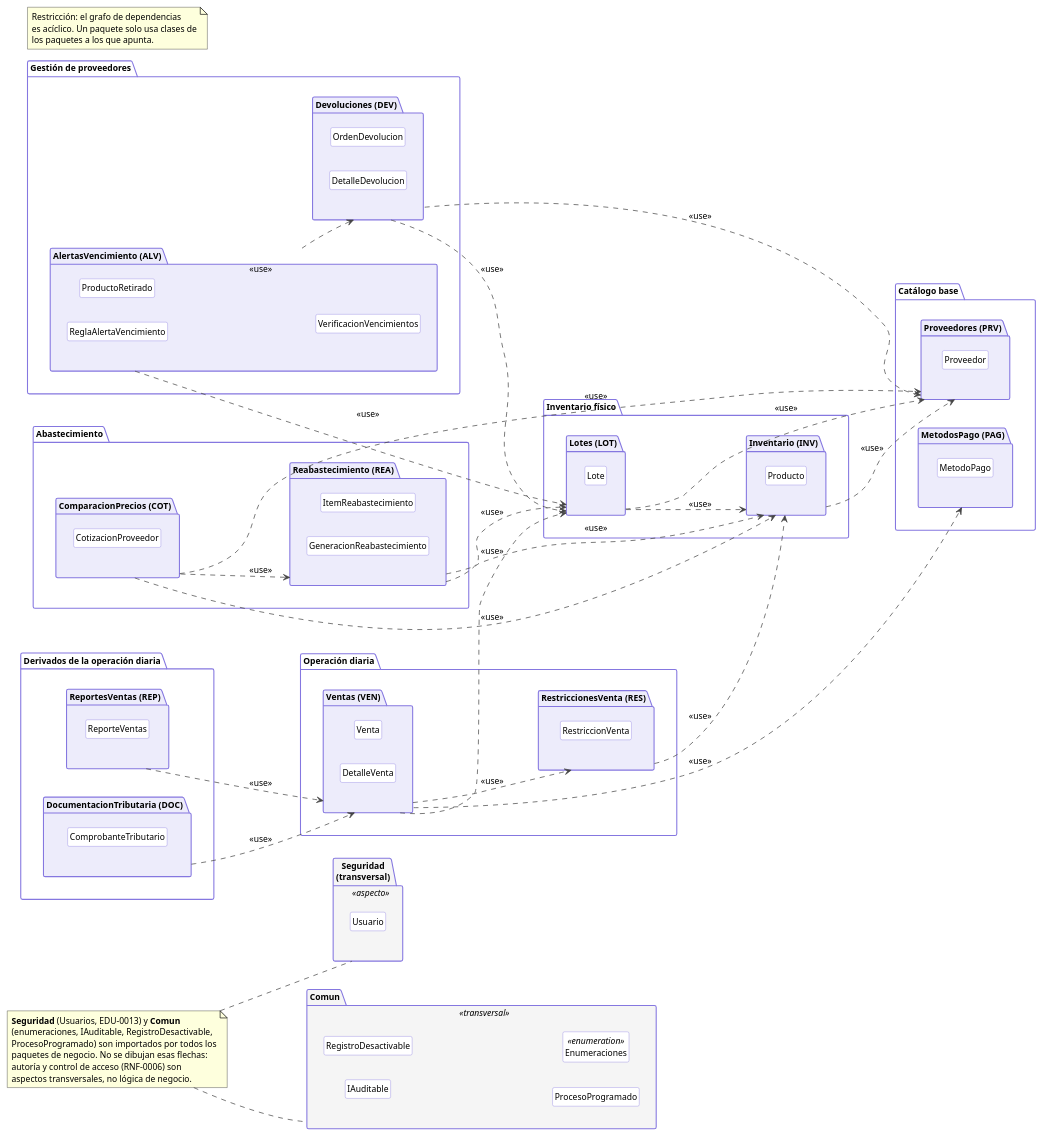
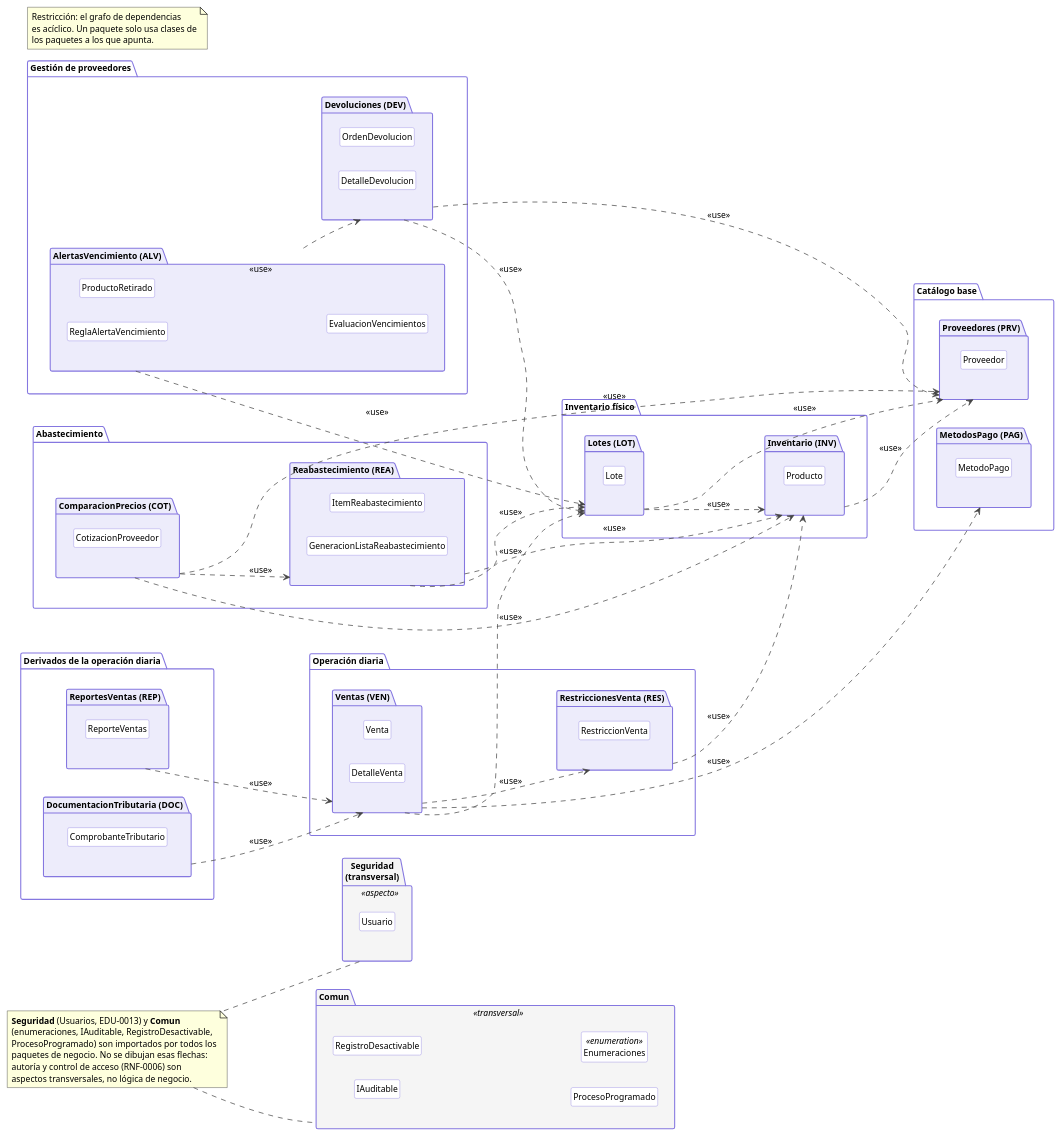
The diagram in docs/diagramas/plaintext-VistaLogica/VL-01_Paquetes.puml (Luis-Ayben-Chahua-Charca/Farmasil_App), drawn with PlantUML before and after one commit. The commit also changed 22 other files, not shown here.

```diff
--- a/docs/diagramas/plaintext-VistaLogica/VL-01_Paquetes.puml
+++ b/docs/diagramas/plaintext-VistaLogica/VL-01_Paquetes.puml
@@ -1,126 +1,126 @@
 @startuml VL-01_Paquetes
 ' Vista lógica FARMASIL_APP — Diagrama de paquetes (v01.00)
 ' Cada componente de la arquitectura genérica se convierte en un paquete lógico.
 ' Las 18 dependencias son exactamente las aristas de la arquitectura genérica cerrada.
 skinparam packageStyle folder
 skinparam shadowing false
 skinparam defaultFontSize 12
 skinparam package {
   BackgroundColor #EDECFB
   BorderColor #8577E0
 }
 skinparam ArrowColor #444444
 left to right direction
 hide members
 hide circle
 skinparam class {
   BackgroundColor #FFFFFF
   BorderColor #8577E0
 }
 
 package "Seguridad\n(transversal)" as USR <<aspecto>> #F5F5F5 {
     class "Usuario" as USR_0
 }
 
 package "Comun" as COM <<transversal>> #F5F5F5 {
     class "IAuditable" as COM_0
     class "RegistroDesactivable" as COM_1
     class "ProcesoProgramado" as COM_2
     class "Enumeraciones" as COM_3 <<enumeration>>
 }
 
 package "Catálogo base" as G1 #FFFFFF {
   package "MetodosPago (PAG)" as PAG {
     class "MetodoPago" as PAG_0
   }
   package "Proveedores (PRV)" as PRV {
     class "Proveedor" as PRV_0
   }
 }
 
 package "Inventario físico" as G2 #FFFFFF {
   package "Inventario (INV)" as INV {
     class "Producto" as INV_0
   }
   package "Lotes (LOT)" as LOT {
     class "Lote" as LOT_0
   }
 }
 
 package "Operación diaria" as G3 #FFFFFF {
   package "Ventas (VEN)" as VEN {
     class "Venta" as VEN_0
     class "DetalleVenta" as VEN_1
   }
   package "RestriccionesVenta (RES)" as RES {
     class "RestriccionVenta" as RES_0
   }
 }
 
 package "Derivados de la operación diaria" as G4 #FFFFFF {
   package "DocumentacionTributaria (DOC)" as DOC {
     class "ComprobanteTributario" as DOC_0
   }
   package "ReportesVentas (REP)" as REP {
     class "ReporteVentas" as REP_0
   }
 }
 
 package "Gestión de proveedores" as G5 #FFFFFF {
   package "Devoluciones (DEV)" as DEV {
     class "OrdenDevolucion" as DEV_0
     class "DetalleDevolucion" as DEV_1
   }
   package "AlertasVencimiento (ALV)" as ALV {
     class "ReglaAlertaVencimiento" as ALV_0
     class "ProductoRetirado" as ALV_1
-    class "VerificacionVencimientos" as ALV_2
+    class "EvaluacionVencimientos" as ALV_2
   }
 }
 
 package "Abastecimiento" as G6 #FFFFFF {
   package "Reabastecimiento (REA)" as REA {
     class "ItemReabastecimiento" as REA_0
-    class "GeneracionReabastecimiento" as REA_1
+    class "GeneracionListaReabastecimiento" as REA_1
   }
   package "ComparacionPrecios (COT)" as COT {
     class "CotizacionProveedor" as COT_0
   }
 }
 
 VEN ..> PAG : <<use>>
 VEN ..> RES : <<use>>
 VEN ..> LOT : <<use>>
 DOC ..> VEN : <<use>>
 REP ..> VEN : <<use>>
 ALV ..> DEV : <<use>>
 ALV ..> LOT : <<use>>
 DEV ..> PRV : <<use>>
 DEV ..> LOT : <<use>>
 RES ..> INV : <<use>>
 INV ..> PRV : <<use>>
 LOT ..> INV : <<use>>
 LOT ..> PRV : <<use>>
 REA ..> INV : <<use>>
 REA ..> LOT : <<use>>
 COT ..> INV : <<use>>
 COT ..> PRV : <<use>>
 COT ..> REA : <<use>>
 
 note as N1
   <b>Seguridad</b> (Usuarios, EDU-0013) y <b>Comun</b>
   (enumeraciones, IAuditable, RegistroDesactivable,
   ProcesoProgramado) son importados por todos los
   paquetes de negocio. No se dibujan esas flechas:
   autoría y control de acceso (RNF-0006) son
   aspectos transversales, no lógica de negocio.
 end note
 N1 .. USR
 N1 .. COM
 
 note as N2
   Restricción: el grafo de dependencias
   es acíclico. Un paquete solo usa clases de
   los paquetes a los que apunta.
 end note
 @enduml
```
